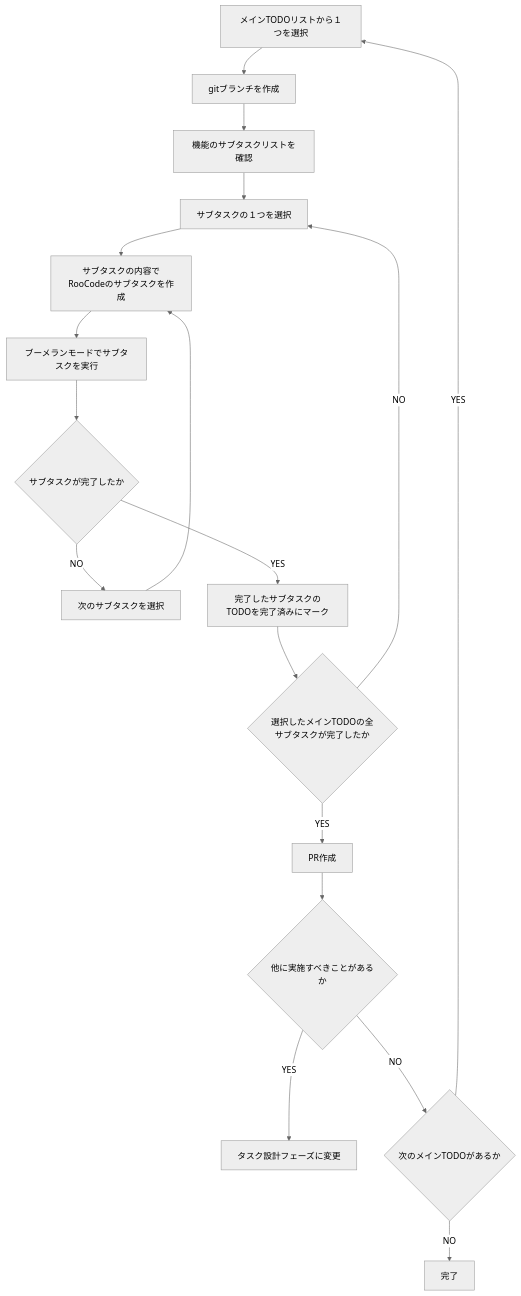
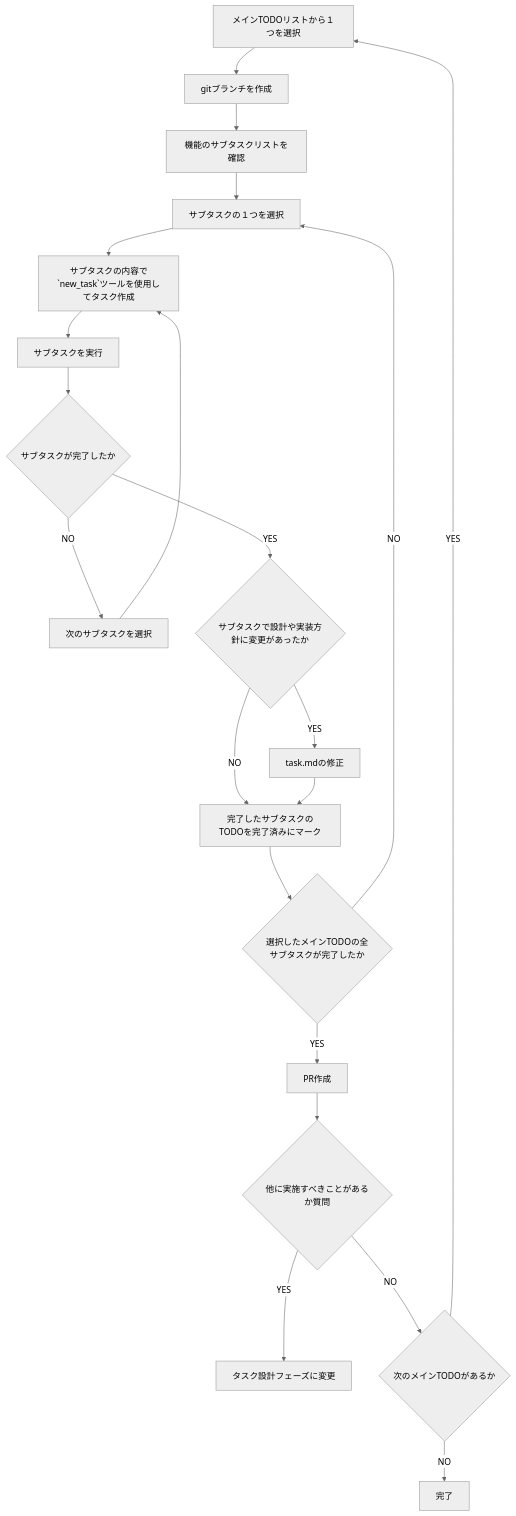
One commit to asamuzak09/roo-code-rules changed the diagram in .roo/rules-task-execution/01-workflow.md. Above: the diagram before and after it, drawn with Mermaid (neutral theme). The commit also changed other lines of this file and 12 other files, not shown here.

````diff
--- a/.roo/rules-task-execution/01-workflow.md
+++ b/.roo/rules-task-execution/01-workflow.md
@@ -14,20 +14,23 @@
 ```mermaid
 flowchart TD
     A[メインTODOリストから１つを選択] --> B[gitブランチを作成]
     B --> C[機能のサブタスクリストを確認]
     C --> D[サブタスクの１つを選択]
-    D --> E[サブタスクの内容でRooCodeのサブタスクを作成]
-    E --> F[ブーメランモードでサブタスクを実行]
+    D --> E[サブタスクの内容で`new_task`ツールを使用してタスク作成]
+    E --> F[サブタスクを実行]
     F --> G{サブタスクが完了したか}
     G --> |NO| H[次のサブタスクを選択]
     H --> E
-    G --> |YES| I[完了したサブタスクのTODOを完了済みにマーク]
+    G --> |YES| P{サブタスクで設計や実装方針に変更があったか}
+    P --> |YES| Q[task.mdの修正]
+    P --> |NO| I[完了したサブタスクのTODOを完了済みにマーク]
+    Q --> I
     I --> J{選択したメインTODOの全サブタスクが完了したか}
     J --> |NO| D
     J --> |YES| K[PR作成]
-    K --> L{他に実施すべきことがあるか}
+    K --> L{他に実施すべきことがあるか質問}
     L --> |YES| M[タスク設計フェーズに変更]
     L --> |NO| N{次のメインTODOがあるか}
     N --> |YES| A
     N --> |NO| O[完了]
 ```
````
